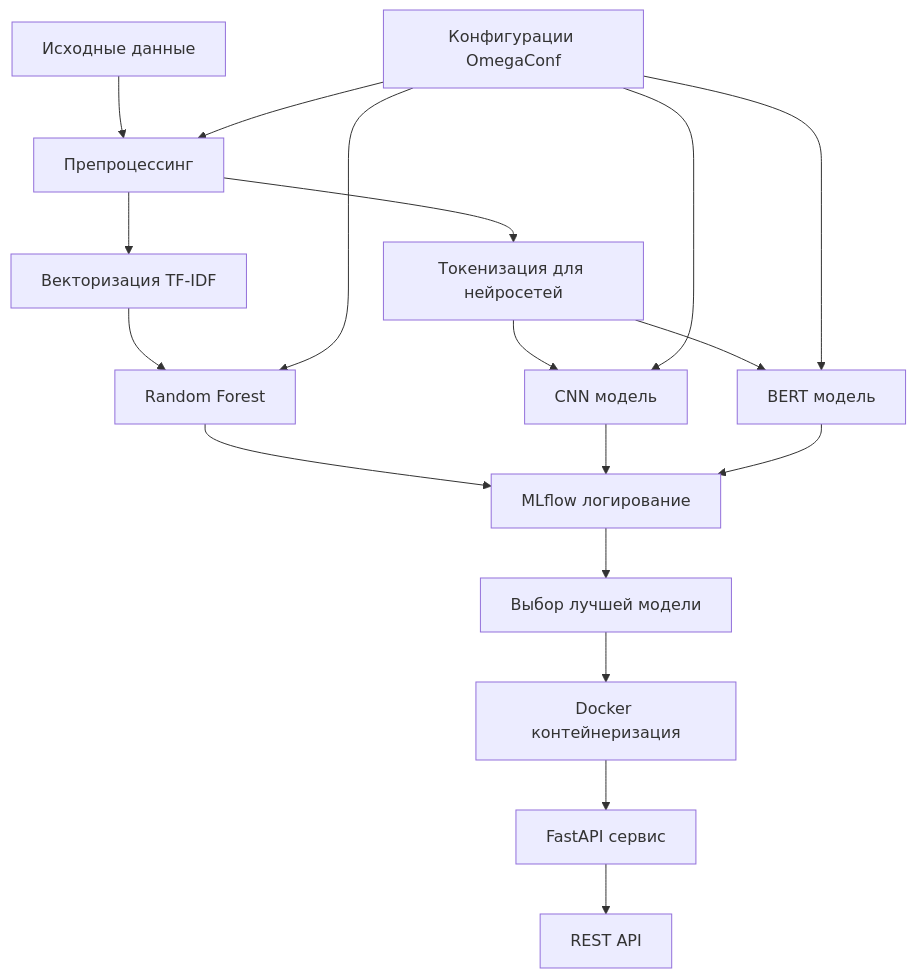
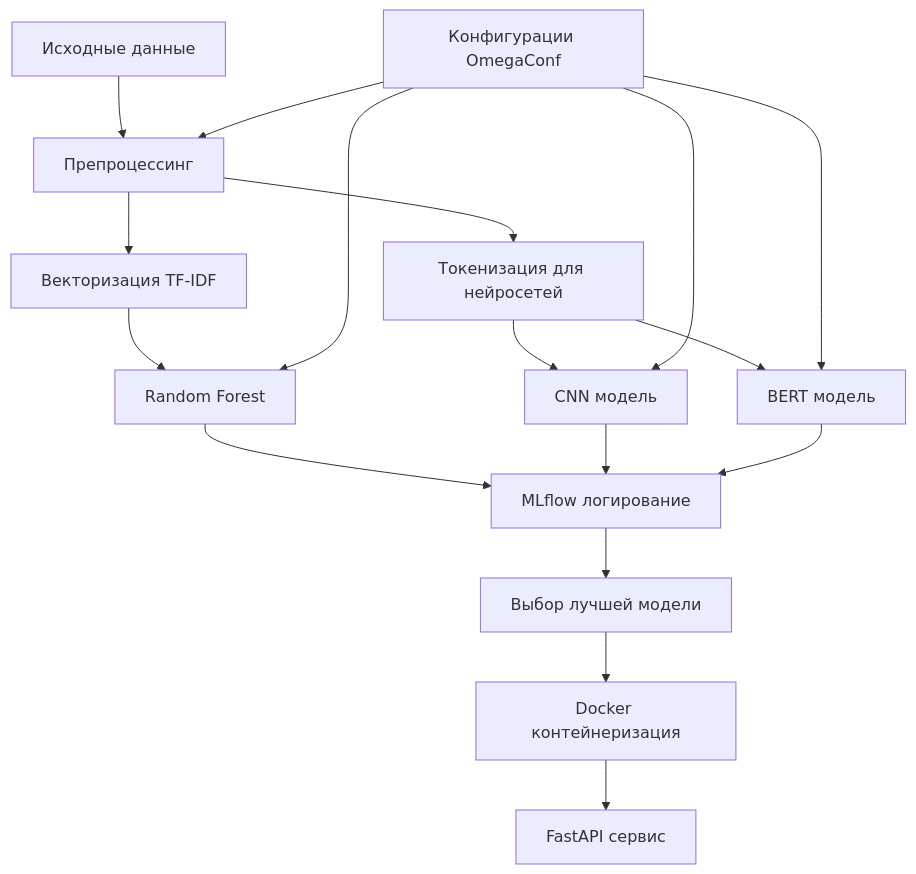
Before and after one commit to Ferrumnyak/MLOps-Course_Work-: the diagram in README.md, drawn with Mermaid.

````diff
--- a/README.md
+++ b/README.md
@@ -31,24 +31,23 @@
 ```mermaid
 graph TB
     A[Исходные данные] --> B[Препроцессинг]
     B --> C[Векторизация TF-IDF]
     B --> D[Токенизация для нейросетей]
     
     C --> E[Random Forest]
     D --> F[CNN модель]
     D --> G[BERT модель]
     
     E --> H[MLflow логирование]
     F --> H
     G --> H
     
     H --> I[Выбор лучшей модели]
     I --> J[Docker контейнеризация]
     J --> K[FastAPI сервис]
-    K --> L[REST API]
     
     M[Конфигурации OmegaConf] --> B
     M --> E
     M --> F
     M --> G
 ```
````
